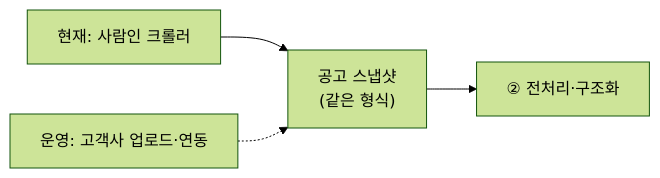
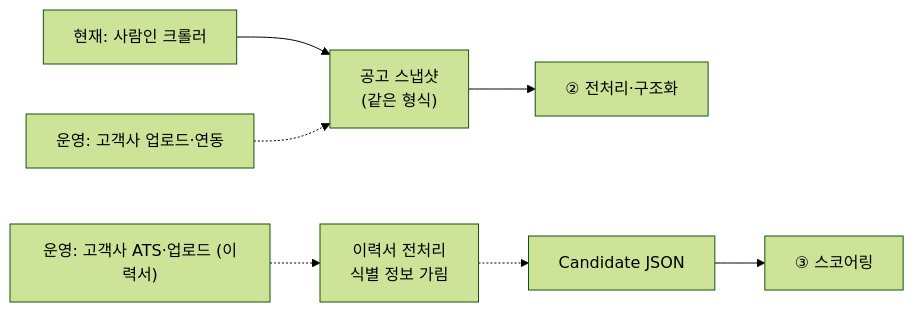
One commit to dudco/jobfit changed the second of 2 diagrams in docs/architecture.md. Above: the diagram before and after it, drawn with Mermaid (forest theme). The commit also changed other lines of this file and 4 other files, not shown here.

First line of the commit message:
docs: 목업 JSON = 이력서 전처리 결과 계약, 이력서 전처리 단계 설계(미구현)

````diff
--- a/docs/architecture.md
+++ b/docs/architecture.md
@@ -83,6 +86,9 @@
 ```mermaid
 flowchart LR
     A["현재: 사람인 크롤러"] --> SNAP["공고 스냅샷<br/>(같은 형식)"]
     B["운영: 고객사 업로드·연동"] -.-> SNAP
     SNAP --> P["② 전처리·구조화"]
+    RA["운영: 고객사 ATS·업로드 (이력서)"] -.-> RP2["이력서 전처리<br/>식별 정보 가림"]
+    RP2 -.-> CJ["Candidate JSON"]
+    CJ --> SC["③ 스코어링"]
 ```
````
